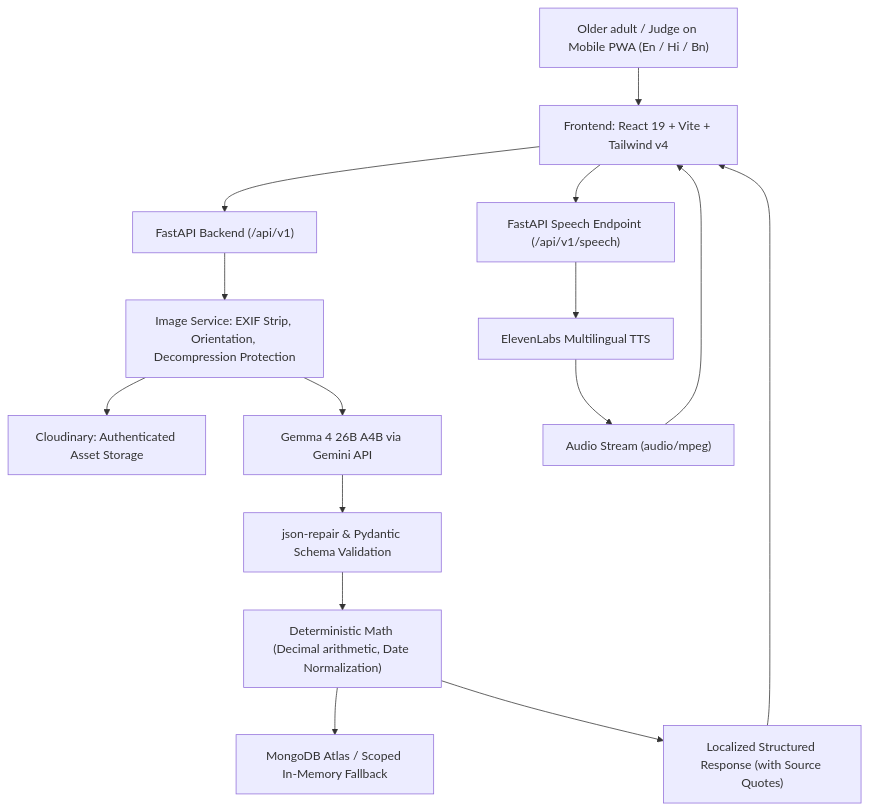
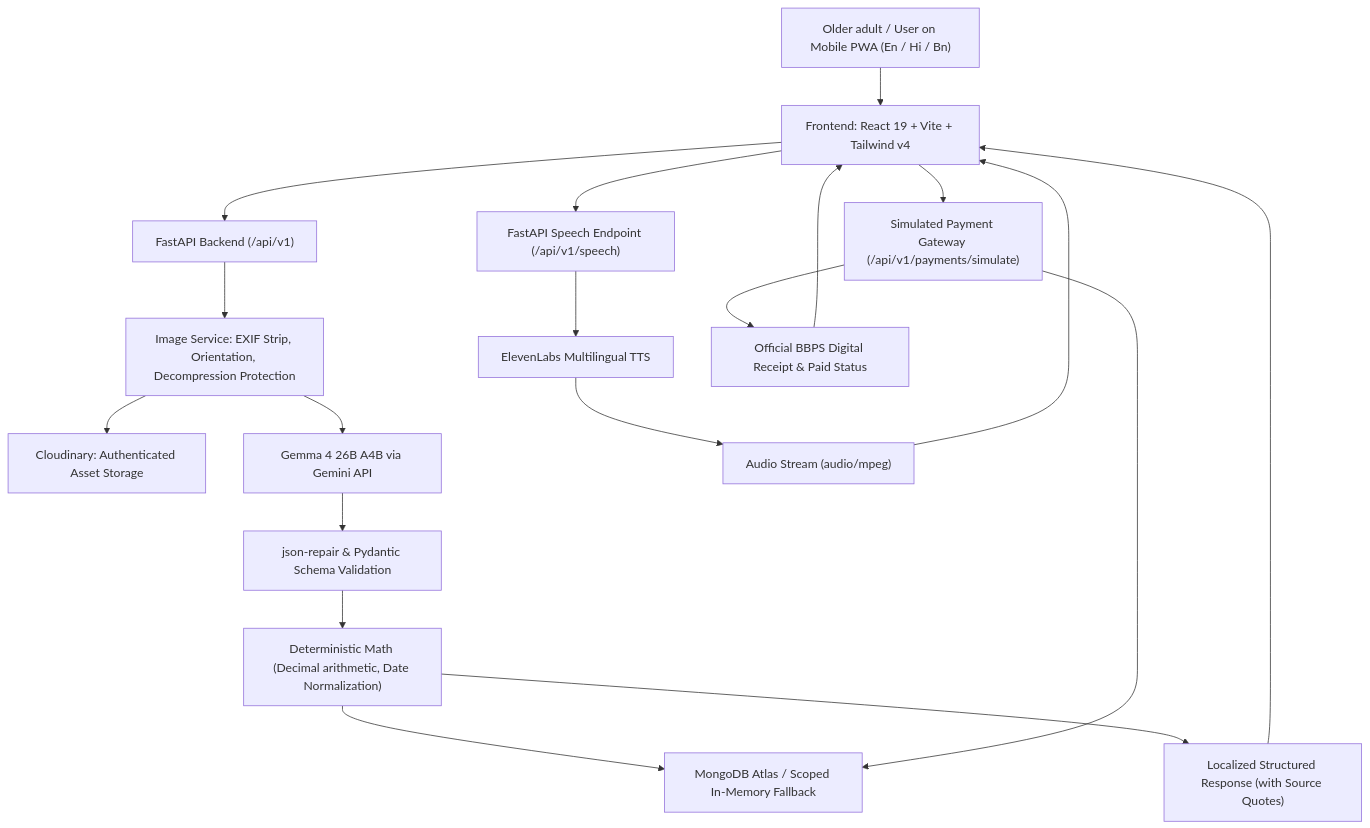
The diagram in README.md (diptodeepb/ProofSathi), drawn with Mermaid before and after one commit. The commit also changed other lines of this file, not shown here.

````diff
--- a/README.md
+++ b/README.md
@@ -54,17 +69,21 @@
 ```mermaid
 flowchart TD
-    User["Older adult / Judge on Mobile PWA (En / Hi / Bn)"] --> FE["Frontend: React 19 + Vite + Tailwind v4"]
+    User["Older adult / User on Mobile PWA (En / Hi / Bn)"] --> FE["Frontend: React 19 + Vite + Tailwind v4"]
     FE --> API["FastAPI Backend (/api/v1)"]
     API --> VAL["Image Service: EXIF Strip, Orientation, Decompression Protection"]
     VAL --> CLD["Cloudinary: Authenticated Asset Storage"]
     VAL --> AI["Gemma 4 26B A4B via Gemini API"]
     AI --> JSONREP["json-repair & Pydantic Schema Validation"]
     JSONREP --> DET["Deterministic Math (Decimal arithmetic, Date Normalization)"]
     DET --> DB["MongoDB Atlas / Scoped In-Memory Fallback"]
     DET --> RESP["Localized Structured Response (with Source Quotes)"]
     RESP --> FE
     FE --> TTS["FastAPI Speech Endpoint (/api/v1/speech)"]
     TTS --> EL["ElevenLabs Multilingual TTS"]
     EL --> AUDIO["Audio Stream (audio/mpeg)"]
     AUDIO --> FE
+    FE --> PAY["Simulated Payment Gateway (/api/v1/payments/simulate)"]
+    PAY --> DB
+    PAY --> RECEIPT["Official BBPS Digital Receipt & Paid Status"]
+    RECEIPT --> FE
 ```
````
